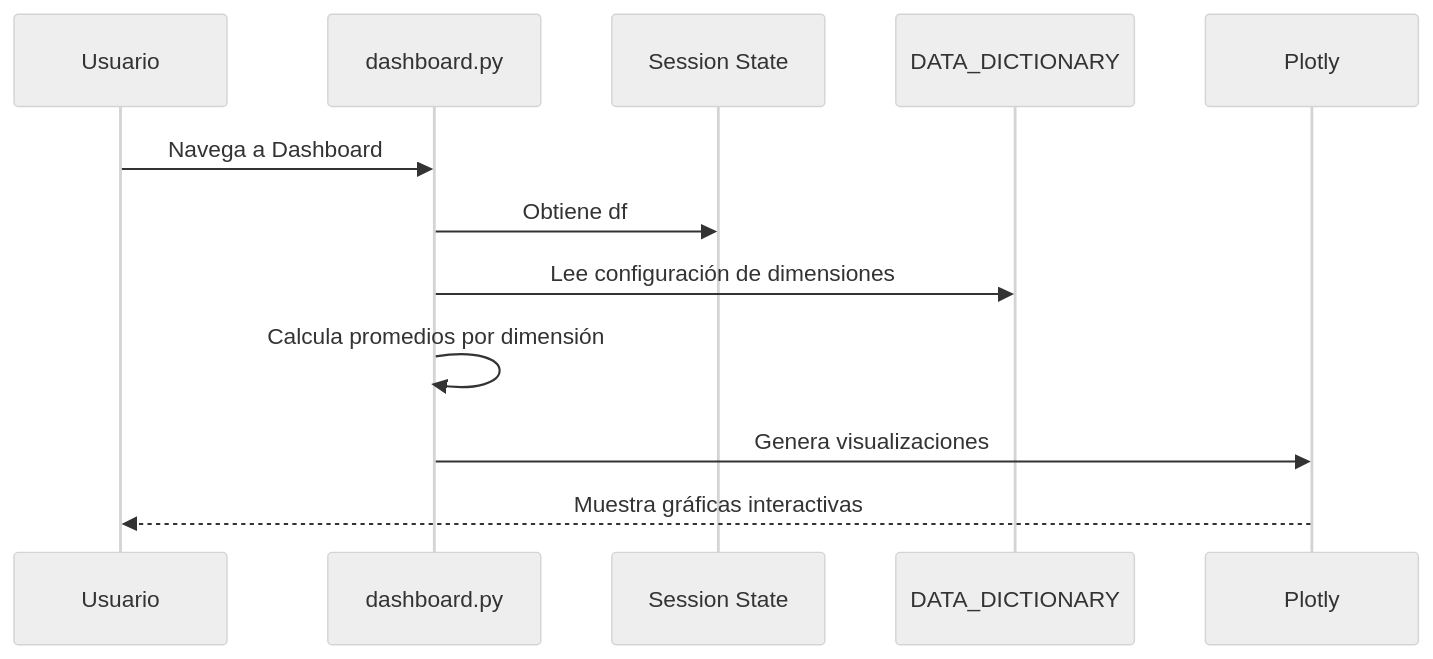
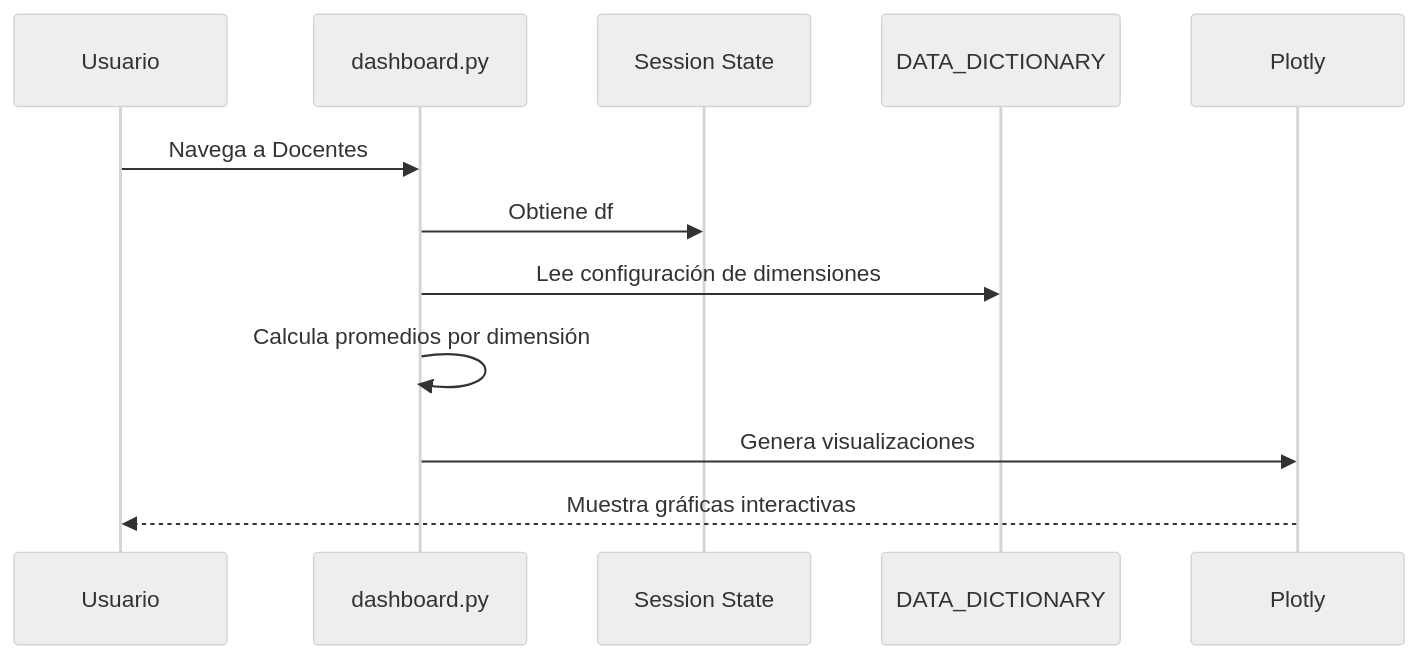
The third of 5 diagrams in ARCHITECTURE.md (SanDamian99/SaludOrganizacional), drawn with Mermaid (neutral theme) before and after one commit. The commit also changed other lines of this file and 2 other files, not shown here.

Commit message:
docs: Docentes, menú por modo y reinicio tras fusionar

````diff
--- a/ARCHITECTURE.md
+++ b/ARCHITECTURE.md
@@ -138,15 +139,15 @@
 ```mermaid
 sequenceDiagram
     participant U as Usuario
     participant D as dashboard.py
     participant S as Session State
     participant DD as DATA_DICTIONARY
     participant P as Plotly
     
-    U->>D: Navega a Dashboard
+    U->>D: Navega a Docentes
     D->>S: Obtiene df
     D->>DD: Lee configuración de dimensiones
     D->>D: Calcula promedios por dimensión
     D->>P: Genera visualizaciones
     P-->>U: Muestra gráficas interactivas
 ```
````
